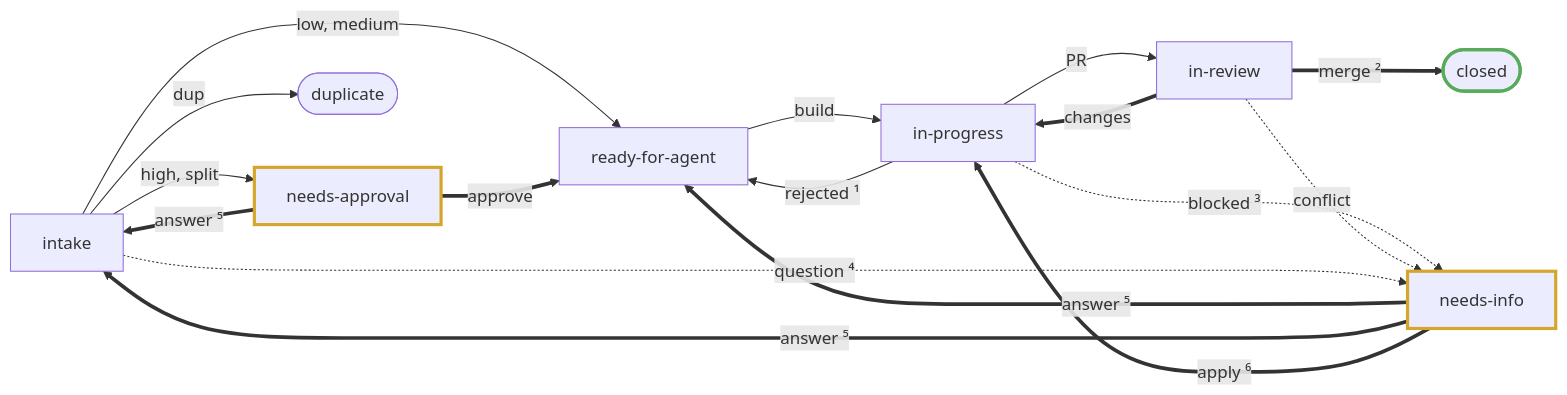
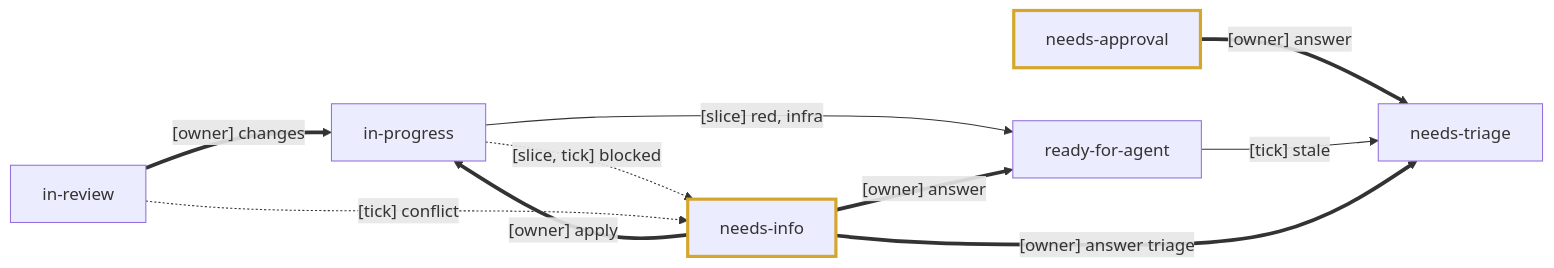
One commit to dvalnn/maestro changed the second of 5 diagrams in docs/agents/factory.md. Above: the diagram before and after it, drawn with Mermaid. The commit also changed other lines of this file and 6 other files, not shown here.

Commit message:
docs(factory): chart the tour manager's state machine

````diff
--- a/docs/agents/factory.md
+++ b/docs/agents/factory.md
@@ -12,33 +65,22 @@
 ```mermaid
 flowchart LR
-    IN["intake"]
-    GATE["needs-approval"]
-    Q["ready-for-agent"]
-    B["in-progress"]
-    R["in-review"]
-    D(["closed"])
-    DUP(["duplicate"])
+    NT["needs-triage"]
+    NA["needs-approval"]
+    RA["ready-for-agent"]
+    IP["in-progress"]
+    IR["in-review"]
     NI["needs-info"]
 
-    IN -->|"low, medium"| Q
-    IN -->|"high, split"| GATE
-    IN -->|dup| DUP
-    GATE ==>|approve| Q
-    Q -->|build| B
-    B -->|PR| R
-    B -->|"rejected ¹"| Q
-    R ==>|"merge ²"| D
-    R ==>|changes| B
-    B -.->|"blocked ³"| NI
-    R -.->|conflict| NI
-    IN -.->|"question ⁴"| NI
-    NI ==>|"answer ⁵"| Q
-    NI ==>|"answer ⁵"| IN
-    NI ==>|"apply ⁶"| B
-    GATE ==>|"answer ⁵"| IN
+    NA ==>|"[owner] answer"| NT
+    RA -->|"[tick] stale"| NT
+    IP -.->|"[slice, tick] blocked"| NI
+    IP -->|"[slice] red, infra"| RA
+    IR ==>|"[owner] changes"| IP
+    IR -.->|"[tick] conflict"| NI
+    NI ==>|"[owner] answer"| RA
+    NI ==>|"[owner] answer triage"| NT
+    NI ==>|"[owner] apply"| IP
 
     classDef owner stroke:#d4a72c,stroke-width:3px
-    classDef done stroke:#57ab5a,stroke-width:3px
-    class GATE,NI owner
-    class D done
+    class NA,NI owner
 ```
````
